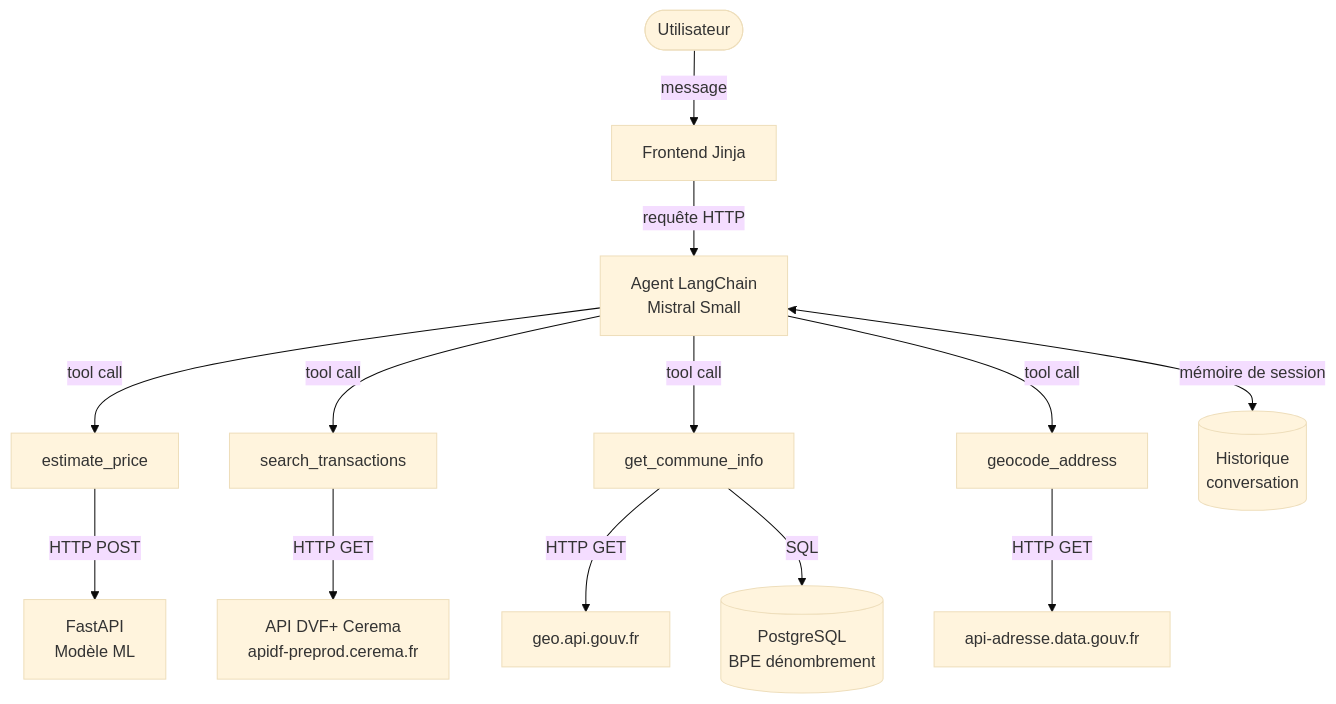
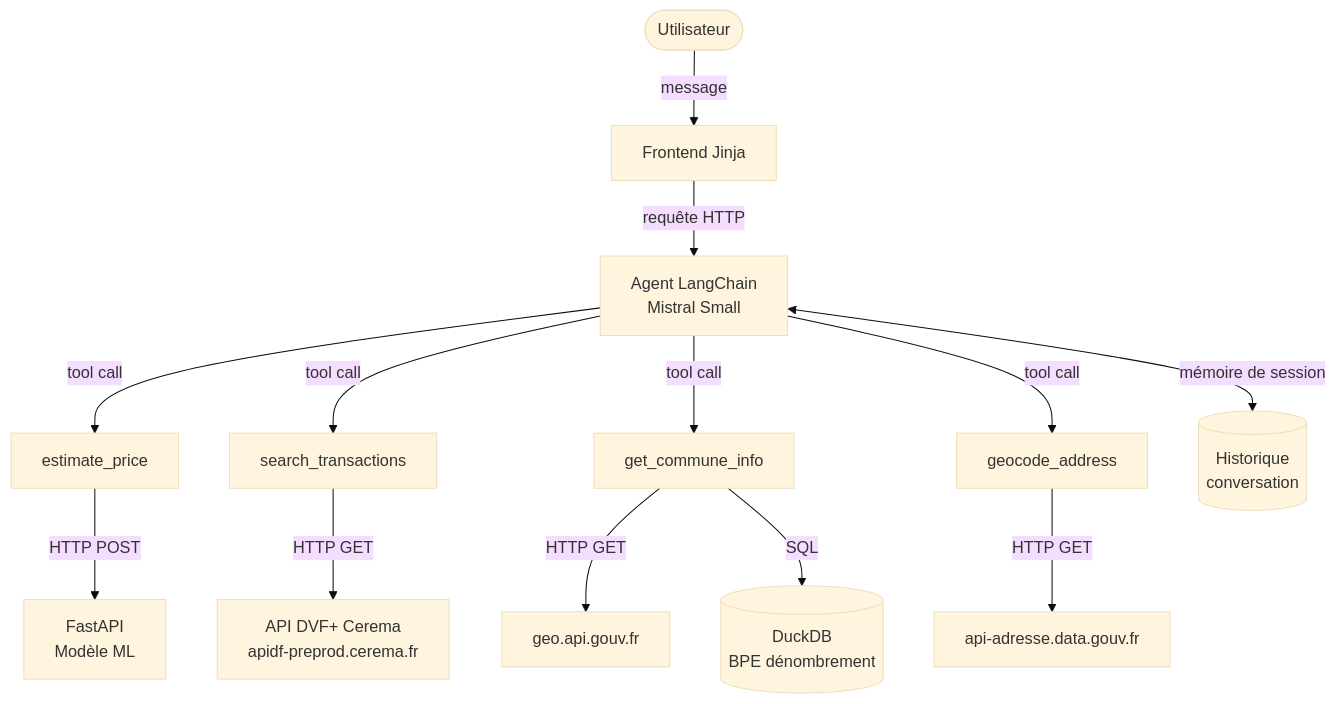
Before and after one commit to VestiC1/Projet-Agent-IA-Immo: the diagram in docs/note-cadrage.md, drawn with Mermaid (base theme). The commit also changed other lines of this file and 1 other file, not shown here.

Commit message:
CHORE update cadrage and benchmark reports in order to reflect CEREMA API use and the BPE db implementation

````diff
--- a/docs/note-cadrage.md
+++ b/docs/note-cadrage.md
@@ -66,17 +66,17 @@
 ```mermaid
 flowchart TD
     U([Utilisateur]) -->|message| F[Frontend Jinja]
     F -->|requête HTTP| A[Agent LangChain\nMistral Small]
 
     A -->|tool call| T1[estimate_price]
     A -->|tool call| T2[search_transactions]
     A -->|tool call| T3[get_commune_info]
     A -->|tool call| T4[geocode_address]
     A <-->|mémoire de session| M[(Historique\nconversation)]
 
     T1 -->|HTTP POST| API[FastAPI\nModèle ML]
     T2 -->|HTTP GET| CEREMA[API DVF+ Cerema\napidf-preprod.cerema.fr]
     T3 -->|HTTP GET| GEO[geo.api.gouv.fr]
-    T3 -->|SQL| DB[(PostgreSQL\nBPE dénombrement)]
+    T3 -->|SQL| DB[(DuckDB\nBPE dénombrement)]
     T4 -->|HTTP GET| ADDR[api-adresse.data.gouv.fr]
 ```
````
